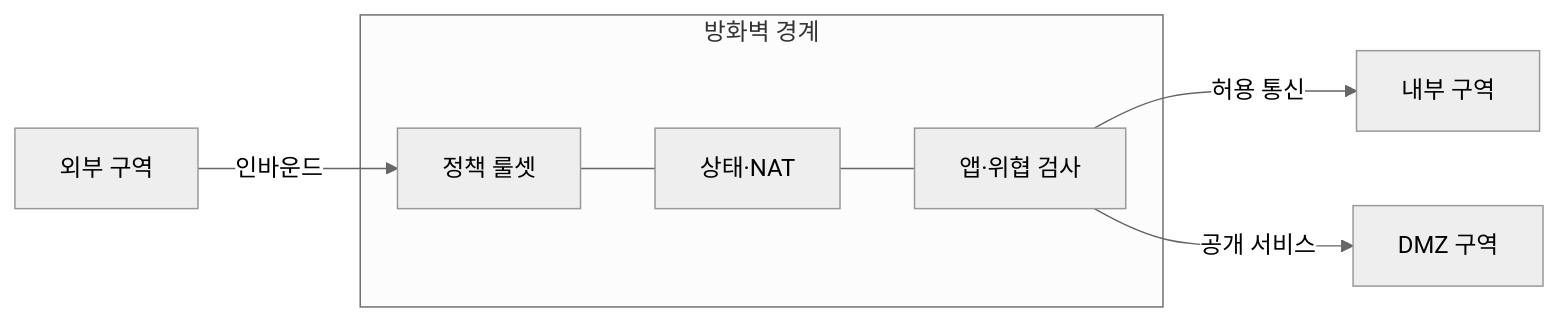
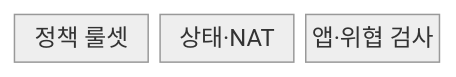
One commit to agnusdei1207/knowledge-base changed the first of 2 diagrams in src/content/docs/notes/05-security/021_firewall.md. Above: the diagram before and after it, drawn with Mermaid (neutral theme). The commit also changed other lines of this file and 11 other files, not shown here.

````diff
--- a/src/content/docs/notes/05-security/021_firewall.md
+++ b/src/content/docs/notes/05-security/021_firewall.md
@@ -59,16 +59,7 @@
 ```mermaid
-flowchart LR
-    O["외부 구역"]
-    I["내부 구역"]
-    D["DMZ 구역"]
-    subgraph F["방화벽 경계"]
-        P["정책 룰셋"]
-        S["상태·NAT"]
-        A["앱·위협 검사"]
-        P --- S
-        S --- A
-    end
-    O -->|"인바운드"| P
-    A -->|"허용 통신"| I
-    A -->|"공개 서비스"| D
+block-beta
+    columns 3
+    P["정책 룰셋"]
+    S["상태·NAT"]
+    A["앱·위협 검사"]
 ```
````
